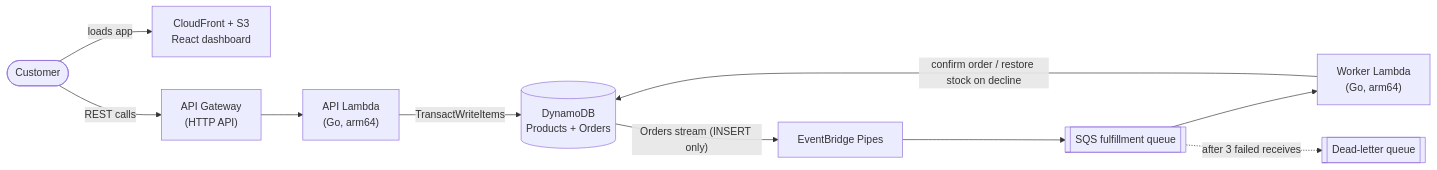
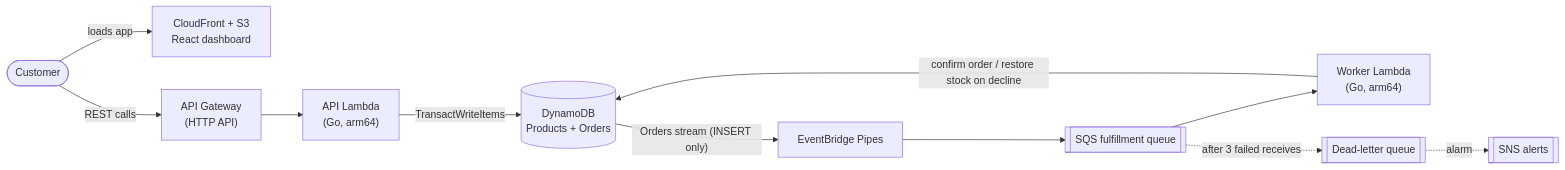
One commit to rishon-g/flashcart changed the diagram in README.md. Above: the diagram before and after it, drawn with Mermaid. The commit also changed other lines of this file, not shown here.

````diff
--- a/README.md
+++ b/README.md
@@ -24,12 +37,13 @@
 ```mermaid
 flowchart LR
     user([Customer]) -->|loads app| web["CloudFront + S3<br/>React dashboard"]
     user -->|REST calls| apigw["API Gateway<br/>(HTTP API)"]
     apigw --> api["API Lambda<br/>(Go, arm64)"]
     api -->|TransactWriteItems| db[("DynamoDB<br/>Products + Orders")]
     db -->|"Orders stream (INSERT only)"| pipe[EventBridge Pipes]
     pipe --> queue[["SQS fulfillment queue"]]
     queue --> worker["Worker Lambda<br/>(Go, arm64)"]
     worker -->|"confirm order / restore stock on decline"| db
     queue -.->|"after 3 failed receives"| dlq[["Dead-letter queue"]]
+    dlq -.->|alarm| sns[["SNS alerts"]]
 ```
````
